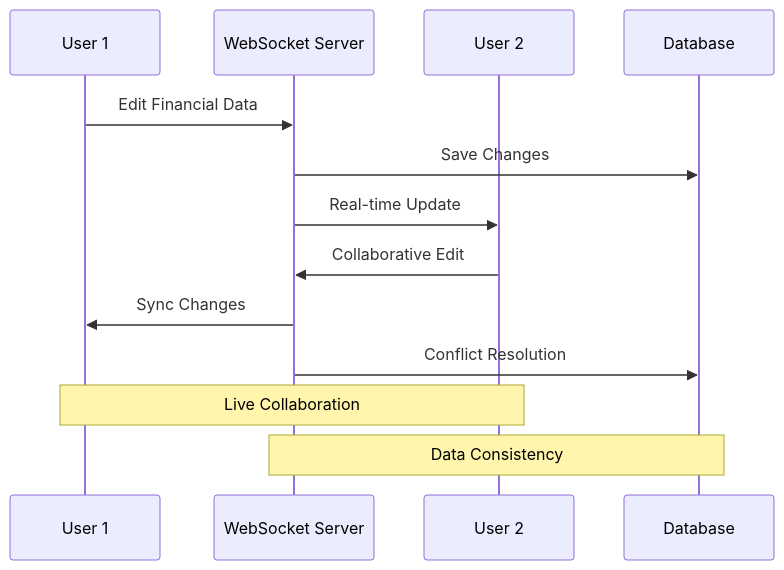
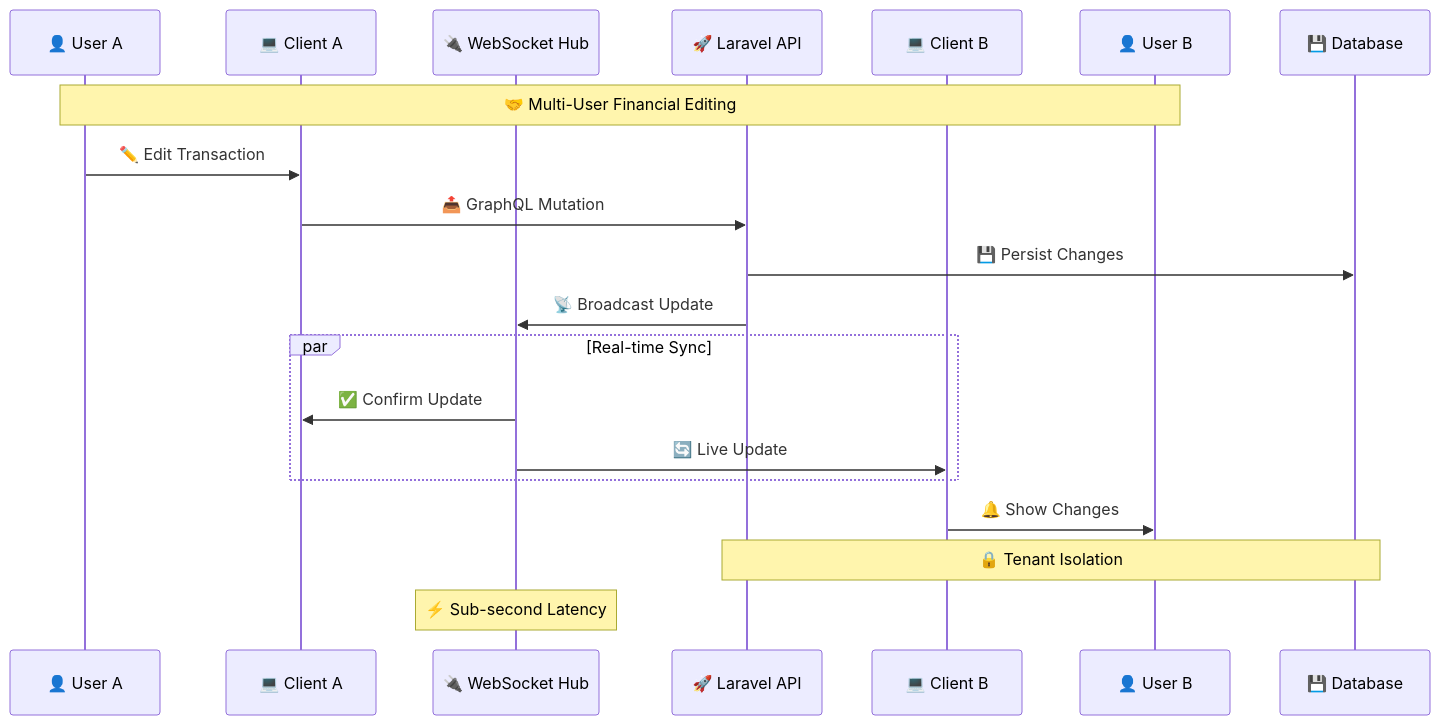
Before and after one commit to abdoElHodaky/larvaccountplatfo: the second of 6 diagrams in README.md, drawn with Mermaid. The commit also changed other lines of this file and 2 other files, not shown here.

````diff
--- a/README.md
+++ b/README.md
@@ -93,17 +115,27 @@
 ```mermaid
 sequenceDiagram
-    participant U1 as User 1
-    participant WS as WebSocket Server
-    participant U2 as User 2
-    participant DB as Database
+    participant U1 as 👤 User A
+    participant C1 as 💻 Client A
+    participant WS as 🔌 WebSocket Hub
+    participant API as 🚀 Laravel API
+    participant C2 as 💻 Client B
+    participant U2 as 👤 User B
+    participant DB as 💾 Database
     
-    U1->>WS: Edit Financial Data
-    WS->>DB: Save Changes
-    WS->>U2: Real-time Update
-    U2->>WS: Collaborative Edit
-    WS->>U1: Sync Changes
-    WS->>DB: Conflict Resolution
+    Note over U1,U2: 🤝 Multi-User Financial Editing
     
-    Note over U1,U2: Live Collaboration
-    Note over WS,DB: Data Consistency
+    U1->>C1: ✏️ Edit Transaction
+    C1->>API: 📤 GraphQL Mutation
+    API->>DB: 💾 Persist Changes
+    API->>WS: 📡 Broadcast Update
+    
+    par Real-time Sync
+        WS->>C1: ✅ Confirm Update
+        WS->>C2: 🔄 Live Update
+    end
+    
+    C2->>U2: 🔔 Show Changes
+    
+    Note over API,DB: 🔒 Tenant Isolation
+    Note over WS: ⚡ Sub-second Latency
 ```
````
